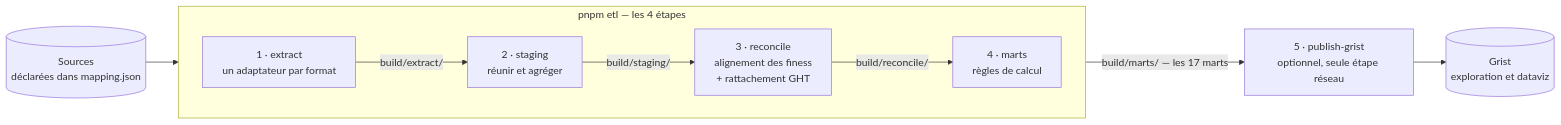
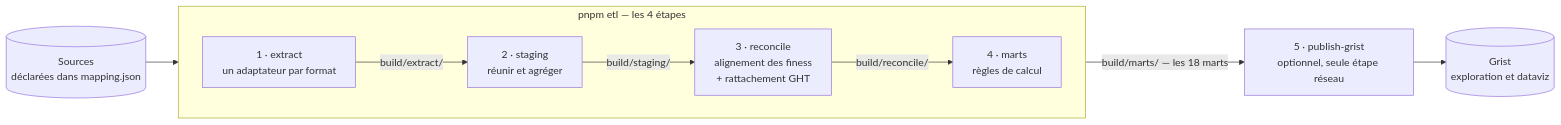
Before and after one commit to betagouv/transport-sanitaire: the diagram in apps/data-analyzer/README.md, drawn with Mermaid. The commit also changed other lines of this file and 6 other files, not shown here.

````diff
--- a/apps/data-analyzer/README.md
+++ b/apps/data-analyzer/README.md
@@ -19,19 +19,19 @@
 ```mermaid
 flowchart LR
     SRC[("Sources<br/>déclarées dans mapping.json")]
 
     subgraph ETL["pnpm etl — les 4 étapes"]
         direction LR
         E["1 · extract<br/>un adaptateur par format"]
         S["2 · staging<br/>réunir et agréger"]
         R["3 · reconcile<br/>alignement des finess<br/>+ rattachement GHT"]
         M["4 · marts<br/>règles de calcul"]
         E -->|"build/extract/"| S -->|"build/staging/"| R -->|"build/reconcile/"| M
     end
 
     P["5 · publish-grist<br/>optionnel, seule étape réseau"]
     G[("Grist<br/>exploration et dataviz")]
 
     SRC --> E
-    M -->|"build/marts/ — les 17 marts"| P --> G
+    M -->|"build/marts/ — les 18 marts"| P --> G
 ```
````
